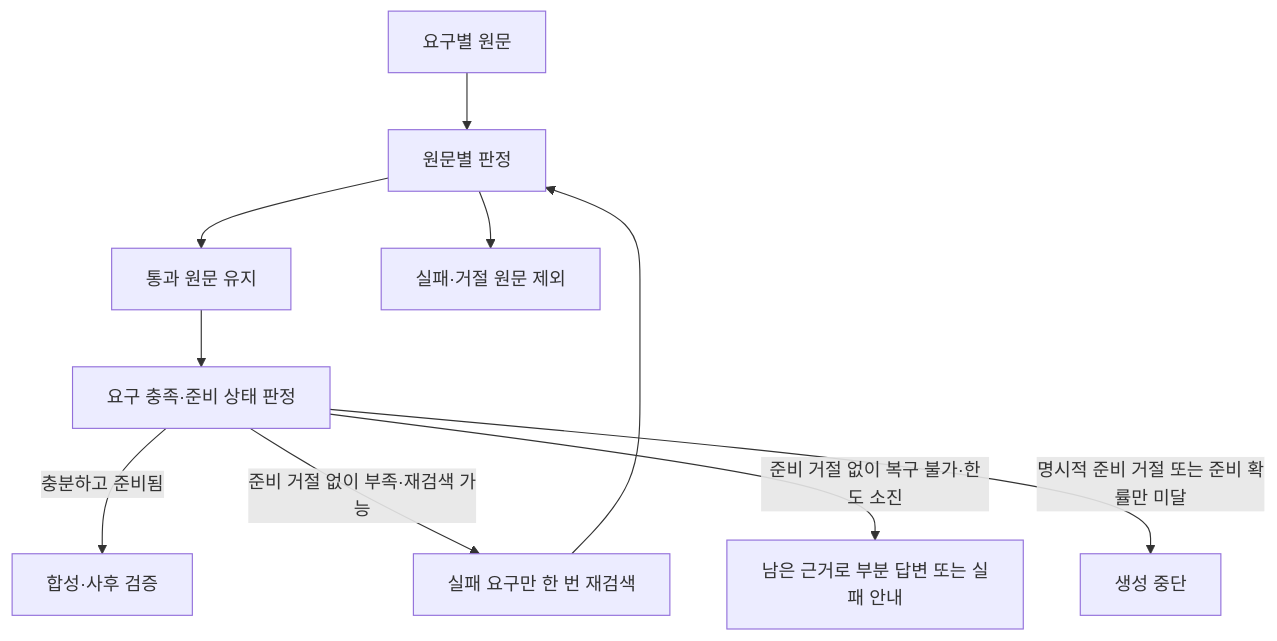
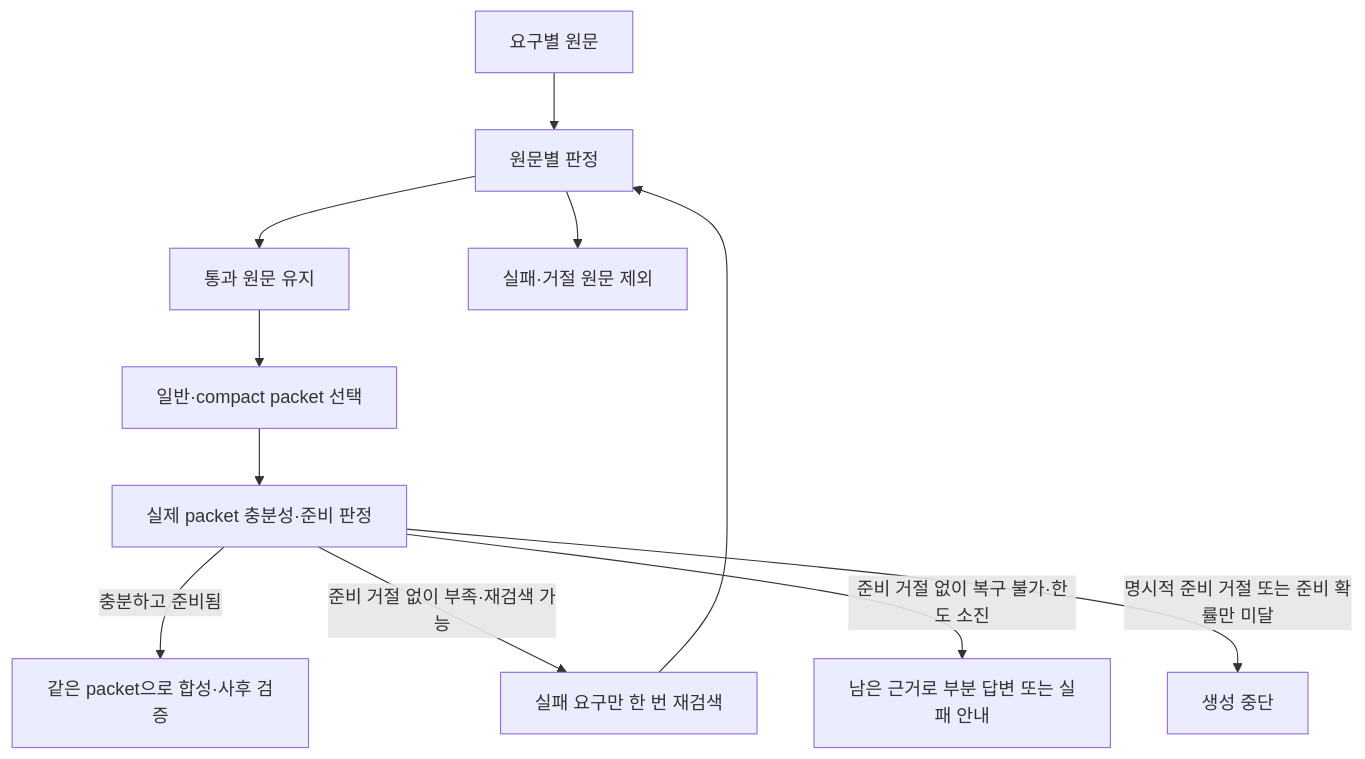
One commit to qpwpep/documate-personal changed the diagram in docs/runtime_reference.md. Above: the diagram before and after it, drawn with Mermaid. The commit also changed other lines of this file and 4 other files, not shown here.

````diff
--- a/docs/runtime_reference.md
+++ b/docs/runtime_reference.md
@@ -620,12 +622,13 @@
 ```mermaid
 flowchart TD
     Sources["요구별 원문"] --> Check["원문별 판정"]
     Check --> Accepted["통과 원문 유지"]
     Check --> Rejected["실패·거절 원문 제외"]
-    Accepted --> Coverage["요구 충족·준비 상태 판정"]
-    Coverage -->|"충분하고 준비됨"| Synthesis["합성·사후 검증"]
+    Accepted --> Packet["일반·compact packet 선택"]
+    Packet --> Coverage["실제 packet 충분성·준비 판정"]
+    Coverage -->|"충분하고 준비됨"| Synthesis["같은 packet으로 합성·사후 검증"]
     Coverage -->|"준비 거절 없이 부족·재검색 가능"| Retry["실패 요구만 한 번 재검색"]
     Retry --> Check
     Coverage -->|"준비 거절 없이 복구 불가·한도 소진"| Partial["남은 근거로 부분 답변 또는 실패 안내"]
     Coverage -->|"명시적 준비 거절 또는 준비 확률만 미달"| Stop["생성 중단"]
 ```
````
